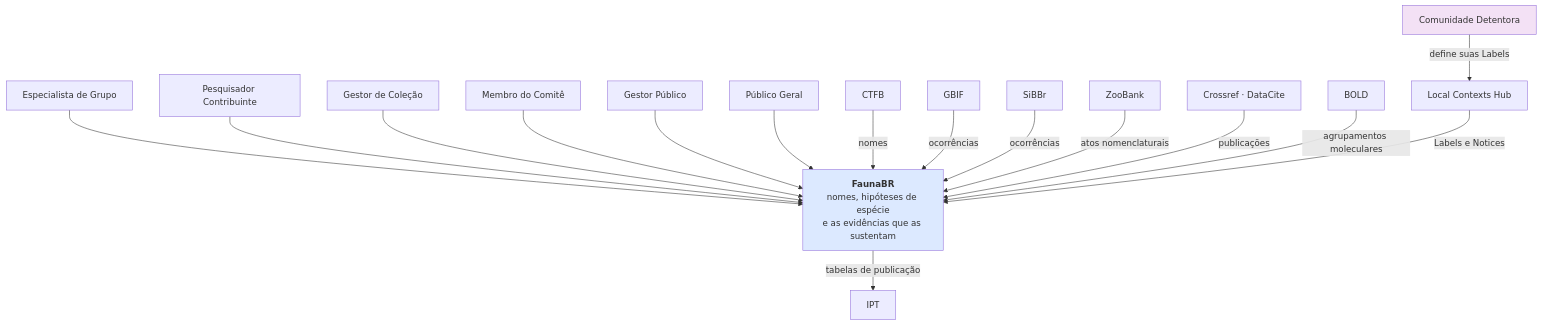
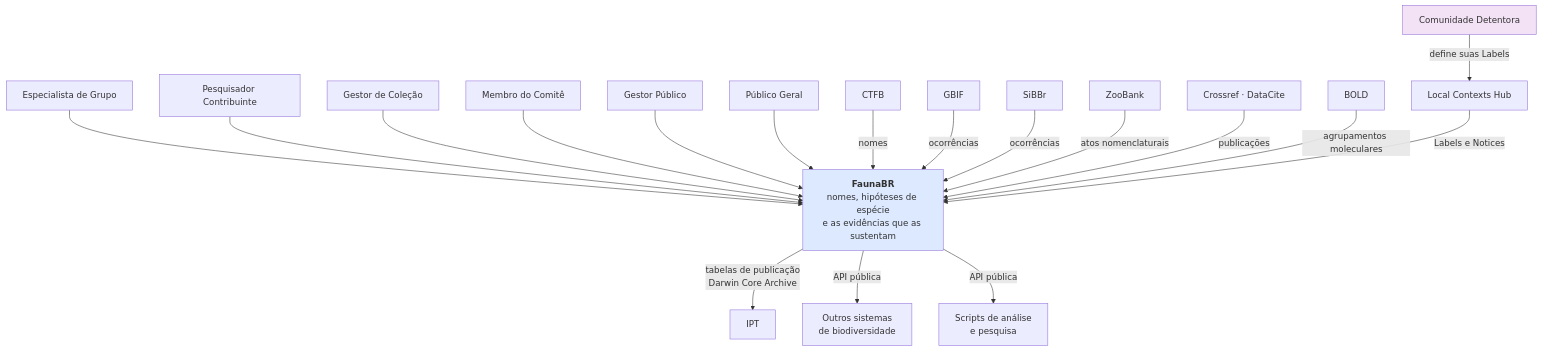
The second of 3 diagrams in README.md (edalcin/faunabr), drawn with Mermaid before and after one commit. The commit also changed other lines of this file, not shown here.

Commit message:
docs: explicita API pública como caminho de saída de dados no diagrama de contexto

````diff
--- a/README.md
+++ b/README.md
@@ -86,41 +86,45 @@
 ```mermaid
 graph TB
     EG["Especialista de Grupo"]
     PC["Pesquisador Contribuinte"]
     GC["Gestor de Coleção"]
     MC["Membro do Comitê"]
     GP["Gestor Público"]
     PG["Público Geral"]
 
     SIS["<b>FaunaBR</b><br/>nomes, hipóteses de espécie<br/>e as evidências que as sustentam"]
 
     CTFB["CTFB"]
     GBIF["GBIF"]
     SIBBR["SiBBr"]
     ZB["ZooBank"]
     DOI["Crossref · DataCite"]
     BOLD["BOLD"]
     LCH["Local Contexts Hub"]
     IPT["IPT"]
+    OUT["Outros sistemas<br/>de biodiversidade"]
+    ANA["Scripts de análise<br/>e pesquisa"]
     CD["Comunidade Detentora"]
 
     EG --> SIS
     PC --> SIS
     GC --> SIS
     MC --> SIS
     GP --> SIS
     PG --> SIS
 
     CTFB -->|"nomes"| SIS
     GBIF -->|"ocorrências"| SIS
     SIBBR -->|"ocorrências"| SIS
     ZB -->|"atos nomenclaturais"| SIS
     DOI -->|"publicações"| SIS
     BOLD -->|"agrupamentos moleculares"| SIS
     LCH -->|"Labels e Notices"| SIS
-    SIS -->|"tabelas de publicação"| IPT
+    SIS -->|"tabelas de publicação<br/>Darwin Core Archive"| IPT
+    SIS -->|"API pública"| OUT
+    SIS -->|"API pública"| ANA
     CD -->|"define suas Labels"| LCH
 
     style SIS fill:#dce9ff
     style CD fill:#f3e1f5
 ```
````
